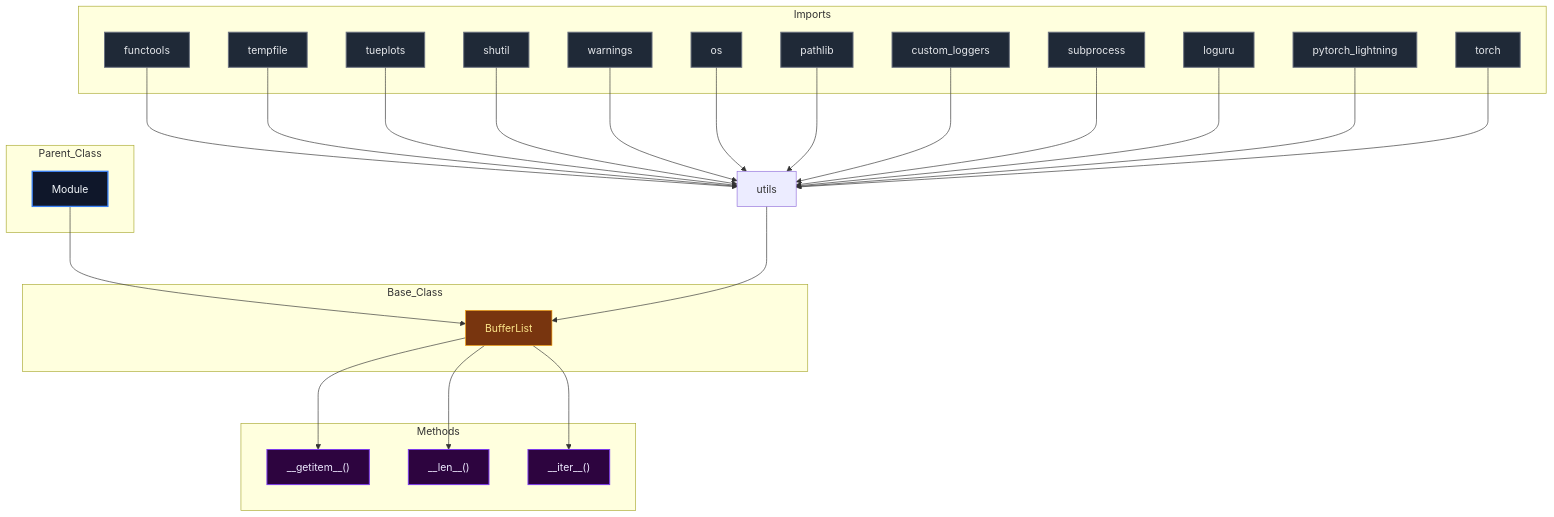
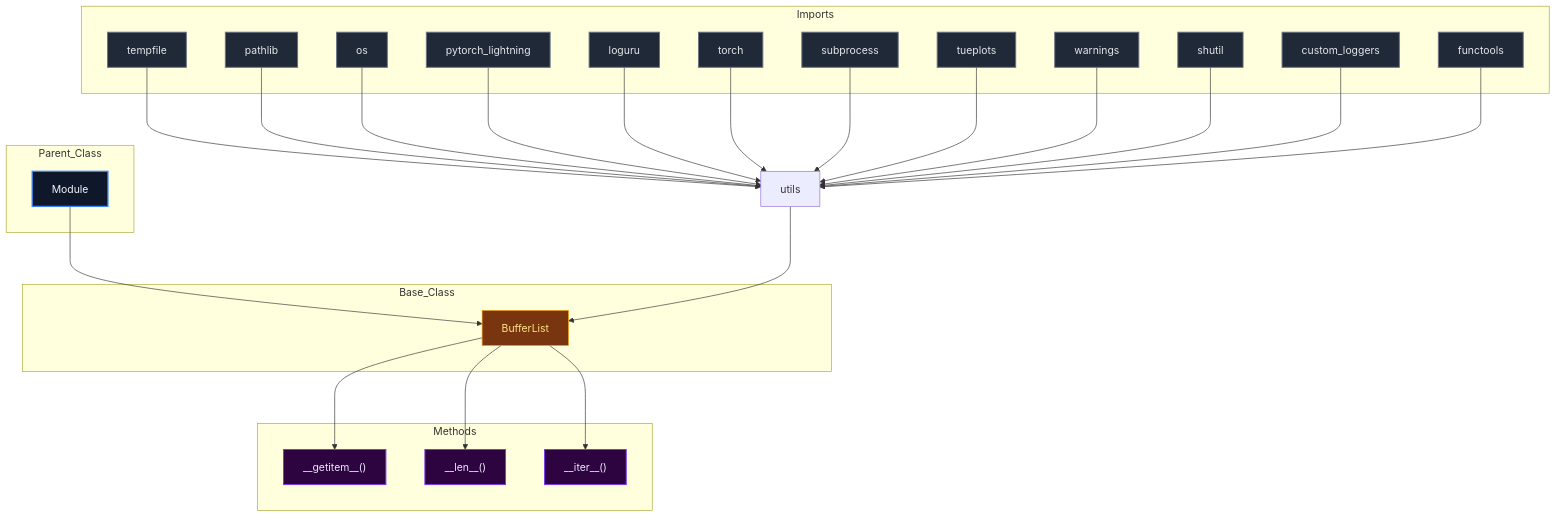
Before and after one commit to mllam/neural-lam: the diagram in docs/diagrams/utils_diagram.md, drawn with Mermaid. The commit also changed 18 other files, not shown here.

Commit message:
Auto-update Mermaid diagrams

````diff
--- a/docs/diagrams/utils_diagram.md
+++ b/docs/diagrams/utils_diagram.md
@@ -1,66 +1,66 @@
 ```mermaid
 %%{init: {'flowchart': {'nodeSpacing': 60, 'rankSpacing': 80}}}%%
 flowchart TD
 
 module["utils"]
 
 subgraph Parent_Class
     Module["Module"]
 end
 
 subgraph Base_Class
     BufferList["BufferList"]
 end
 
     Module --> BufferList
 
 subgraph Imports
+    tempfile["tempfile"]
+    pathlib["pathlib"]
+    os["os"]
+    pytorch_lightning["pytorch_lightning"]
+    loguru["loguru"]
+    torch["torch"]
+    subprocess["subprocess"]
+    tueplots["tueplots"]
+    warnings["warnings"]
+    shutil["shutil"]
+    custom_loggers["custom_loggers"]
     functools["functools"]
-    tempfile["tempfile"]
-    tueplots["tueplots"]
-    shutil["shutil"]
-    warnings["warnings"]
-    os["os"]
-    pathlib["pathlib"]
-    custom_loggers["custom_loggers"]
-    subprocess["subprocess"]
-    loguru["loguru"]
-    pytorch_lightning["pytorch_lightning"]
-    torch["torch"]
 end
 
+    tempfile --> module
+    pathlib --> module
+    os --> module
+    pytorch_lightning --> module
+    loguru --> module
+    torch --> module
+    subprocess --> module
+    tueplots --> module
+    warnings --> module
+    shutil --> module
+    custom_loggers --> module
     functools --> module
-    tempfile --> module
-    tueplots --> module
-    shutil --> module
-    warnings --> module
-    os --> module
-    pathlib --> module
-    custom_loggers --> module
-    subprocess --> module
-    loguru --> module
-    pytorch_lightning --> module
-    torch --> module
     module --> BufferList
 
 subgraph Methods
     BufferList___getitem__["__getitem__()"]
     BufferList___len__["__len__()"]
     BufferList___iter__["__iter__()"]
 end
 
     BufferList --> BufferList___getitem__
     BufferList --> BufferList___len__
     BufferList --> BufferList___iter__
 
 classDef parent fill:#0f172a,stroke:#3b82f6,stroke-width:2px,color:#f1f5f9,font-size:16px
 classDef base fill:#78350f,stroke:#f59e0b,stroke-width:1px,color:#fde68a,font-size:16px
 classDef import fill:#1f2937,stroke:#6b7280,stroke-width:1.5px,color:#e5e7eb,font-size:16px
 classDef method fill:#2d043f,stroke:#7c3aed,stroke-width:1.5px,color:#ede9fe,font-size:16px
 classDef callNode fill:#064e3b,stroke:#10b981,stroke-width:1.5px,color:#d1fae5,font-size:16px
 class Module parent
 class BufferList base
-class functools,tempfile,tueplots,shutil,warnings,os,pathlib,custom_loggers,subprocess,loguru,pytorch_lightning,torch import
+class tempfile,pathlib,os,pytorch_lightning,loguru,torch,subprocess,tueplots,warnings,shutil,custom_loggers,functools import
 class BufferList___getitem__,BufferList___len__,BufferList___iter__ method
 
 ```
````
